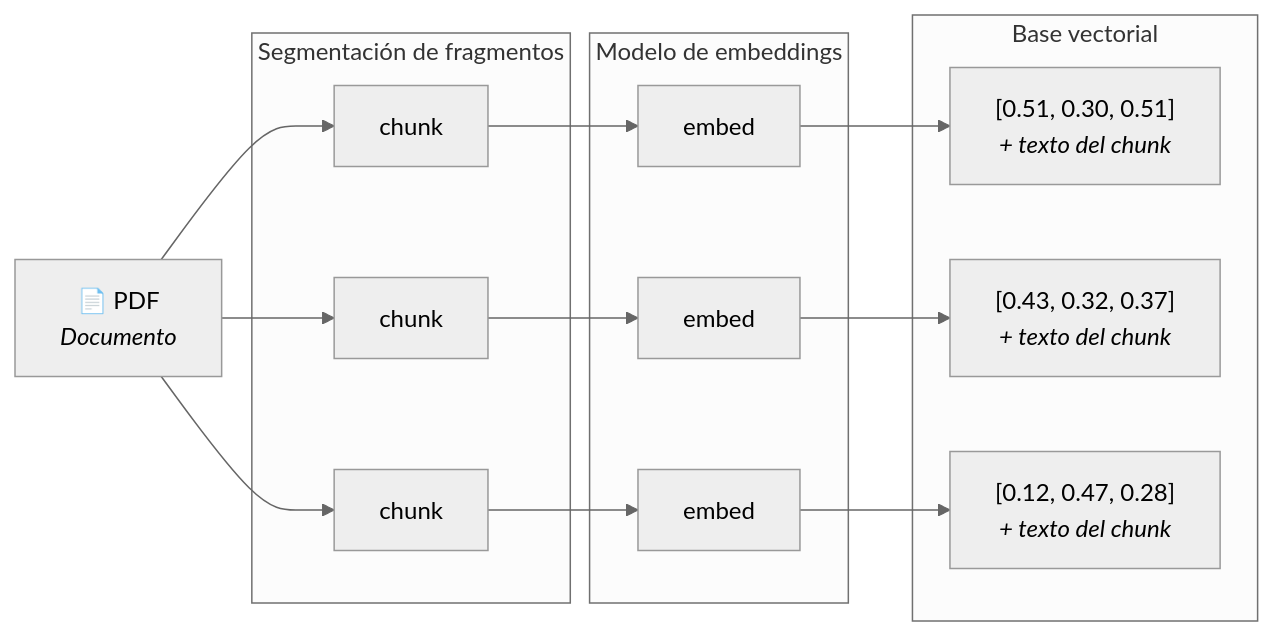
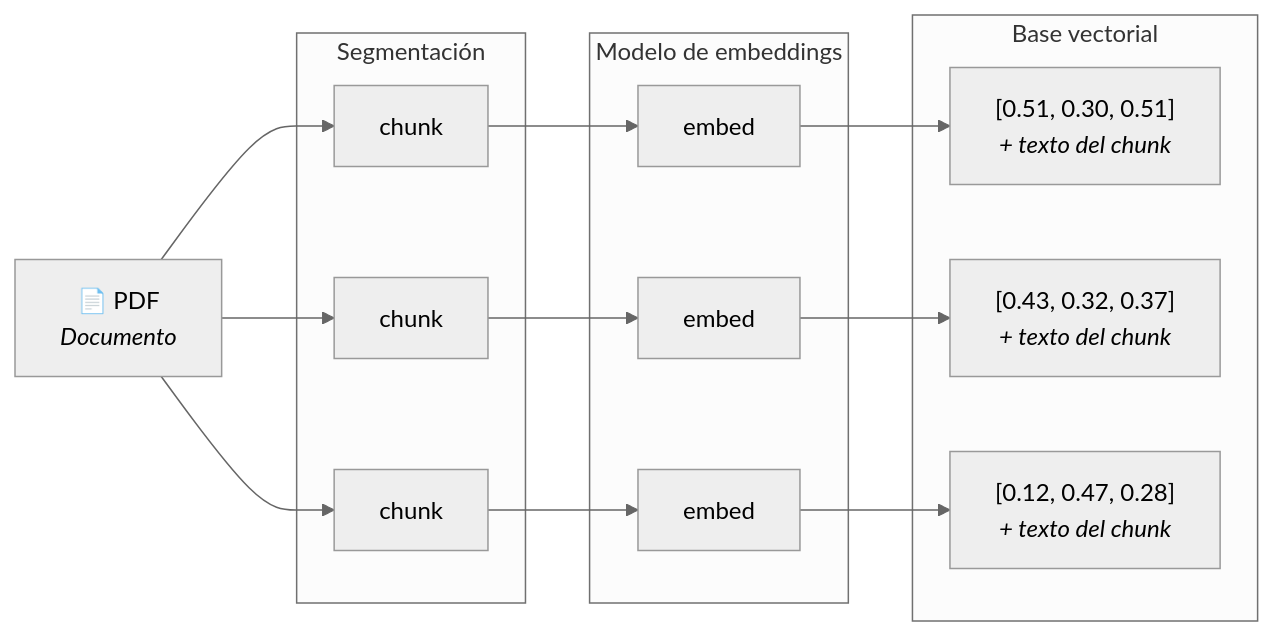
The fifth of 7 diagrams in src/content/blog/es/que-es-rag.md (jcontrerasm/jcontrerasm.github.io), drawn with Mermaid (neutral theme) before and after one commit. The commit also changed other lines of this file and 21 other files, not shown here.

````diff
--- a/src/content/blog/es/que-es-rag.md
+++ b/src/content/blog/es/que-es-rag.md
@@ -96,22 +140,22 @@
 ```mermaid
 flowchart LR
     PDF["📄 PDF<br/><i>Documento</i>"]
-    subgraph S["Segmentación de fragmentos"]
+    subgraph S["Segmentación"]
         C1[chunk]
         C2[chunk]
         C3[chunk]
     end
     subgraph M["Modelo de embeddings"]
         E1[embed]
         E2[embed]
         E3[embed]
     end
     subgraph DB["Base vectorial"]
         V1["[0.51, 0.30, 0.51]<br/><i>+ texto del chunk</i>"]
         V2["[0.43, 0.32, 0.37]<br/><i>+ texto del chunk</i>"]
         V3["[0.12, 0.47, 0.28]<br/><i>+ texto del chunk</i>"]
     end
     PDF --> C1 --> E1 --> V1
     PDF --> C2 --> E2 --> V2
     PDF --> C3 --> E3 --> V3
 ```
````
